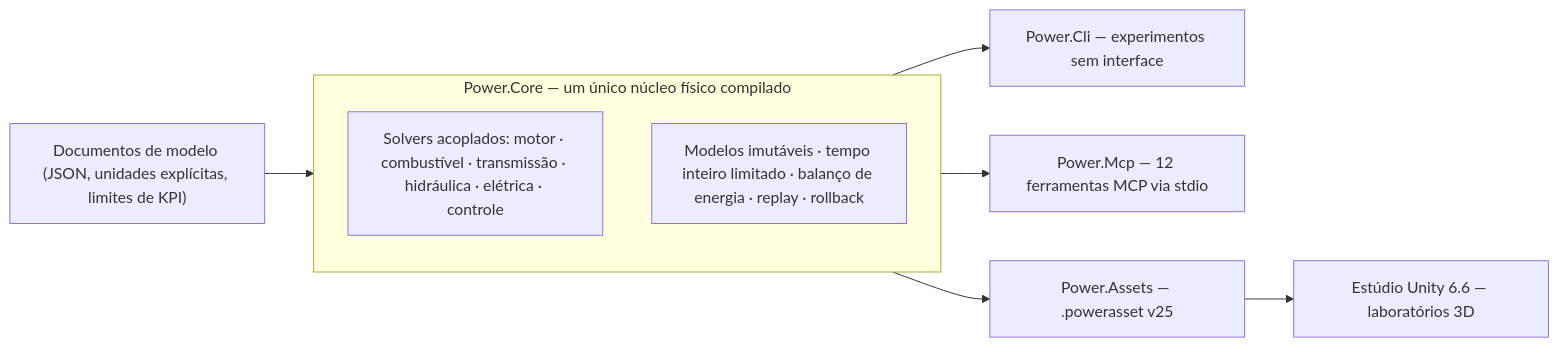
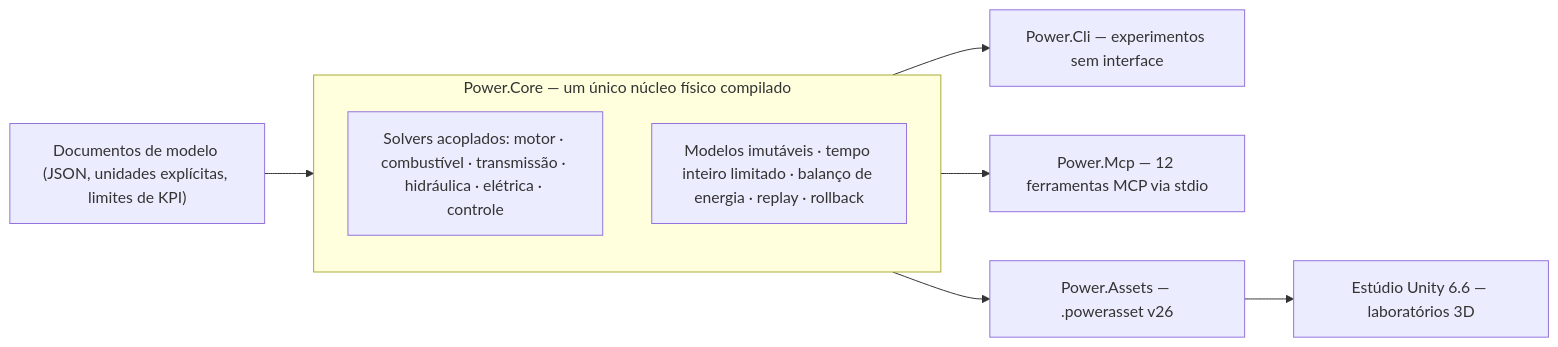
Before and after one commit to Water-Run/Power: the diagram in README.pt-BR.md, drawn with Mermaid. The commit also changed other lines of this file and 153 other files, not shown here.

````diff
--- a/README.pt-BR.md
+++ b/README.pt-BR.md
@@ -13,18 +13,18 @@
 ```mermaid
 flowchart LR
     model["Documentos de modelo (JSON, unidades explícitas, limites de KPI)"]
     subgraph core["Power.Core — um único núcleo físico compilado"]
         solvers["Solvers acoplados: motor · combustível · transmissão · hidráulica · elétrica · controle"]
         invariants["Modelos imutáveis · tempo inteiro limitado · balanço de energia · replay · rollback"]
     end
     cli["Power.Cli — experimentos sem interface"]
     mcp["Power.Mcp — 12 ferramentas MCP via stdio"]
-    assets["Power.Assets — .powerasset v25"]
+    assets["Power.Assets — .powerasset v26"]
     unity["Estúdio Unity 6.6 — laboratórios 3D"]
 
     model --> core
     core --> cli
     core --> mcp
     core --> assets
     assets --> unity
 ```
````
